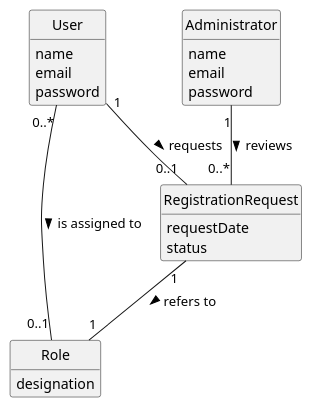
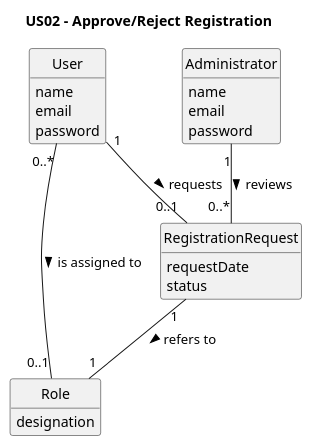
Before and after one commit to Departamento-de-Engenharia-Informatica/sem2-pi-25-26-g096-repo: the diagram in docs/system-documentation/US02/02.analysis/puml/US02-DM.puml, drawn with PlantUML. The commit also changed 11 other files, not shown here.

```diff
--- a/docs/system-documentation/US02/02.analysis/puml/US02-DM.puml
+++ b/docs/system-documentation/US02/02.analysis/puml/US02-DM.puml
@@ -1,35 +1,36 @@
 @startuml
+title US02 - Approve/Reject Registration
 skinparam monochrome true
 skinparam packageStyle rectangle
 skinparam shadowing false
 skinparam classAttributeIconSize 0
 hide circle
 hide methods
 
 class User {
     name
     email
     password
 }
 
 class Administrator {
     name
     email
     password
 }
 
 class Role {
     designation
 }
 
 class RegistrationRequest {
     requestDate
     status
 }
 
 User "1" -- "0..1" RegistrationRequest : requests >
 Administrator "1" -- "0..*" RegistrationRequest : reviews >
 RegistrationRequest "1" -- "1" Role : refers to >
 User "0..*" -- "0..1" Role : is assigned to >
 
 @enduml
```
